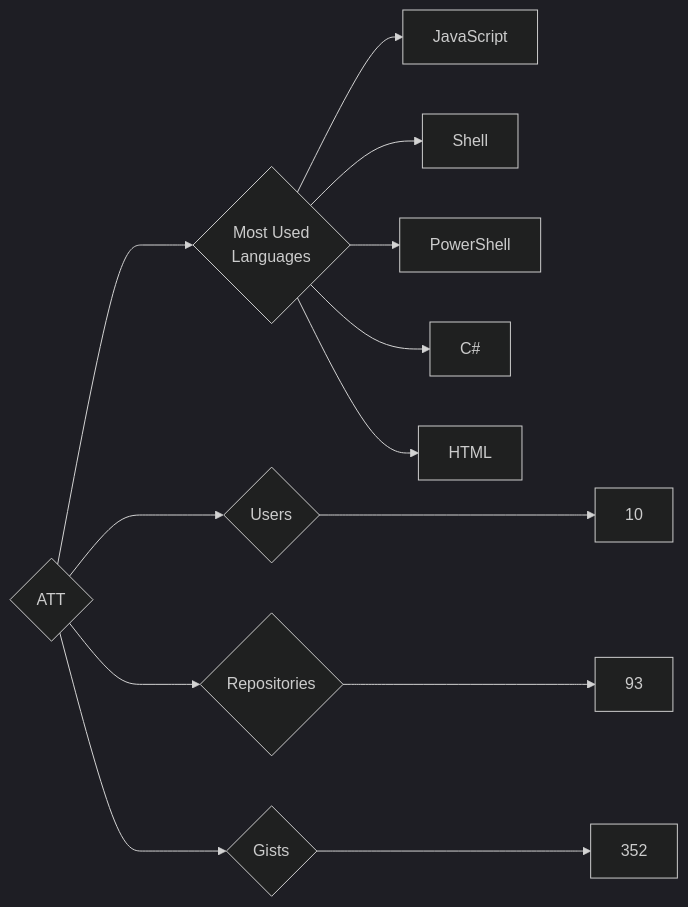
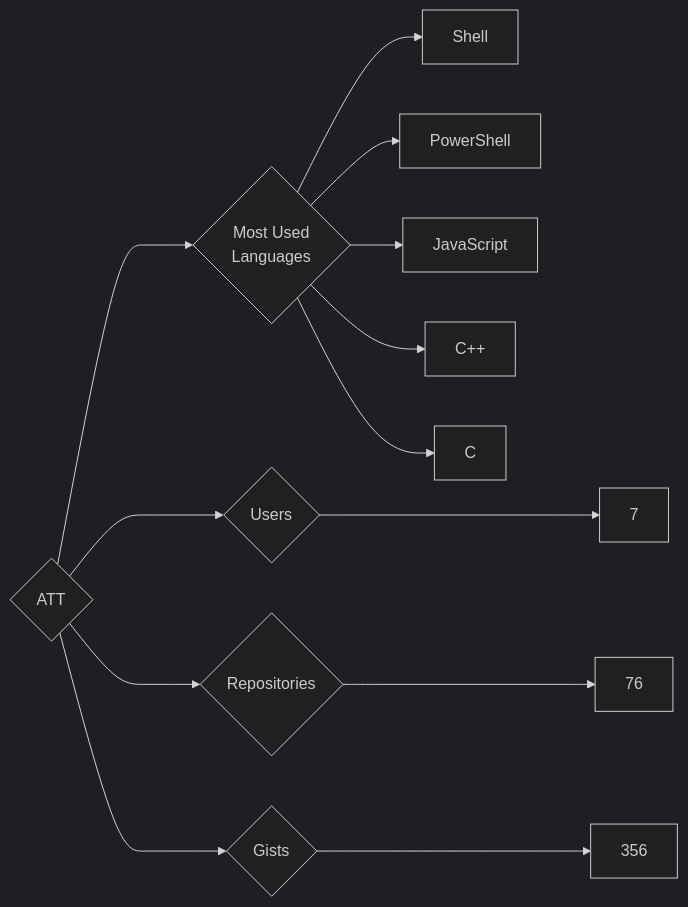
Before and after one commit to trickest/insiders: the diagram in targets/ATT/README.md, drawn with Mermaid (dark theme). The commit also changed 1030 other files, not shown here.

````diff
--- a/targets/ATT/README.md
+++ b/targets/ATT/README.md
@@ -3,13 +3,13 @@
 ```mermaid
 graph LR
 COMPANY_NAME{ATT}
-COMPANY_NAME ---> U{Users} ---> UN[10]
-COMPANY_NAME ---> R{Repositories} ---> RN[93]
-COMPANY_NAME ---> G{Gists} ---> GN[352]
+COMPANY_NAME ---> U{Users} ---> UN[7]
+COMPANY_NAME ---> R{Repositories} ---> RN[76]
+COMPANY_NAME ---> G{Gists} ---> GN[356]
 COMPANY_NAME ---> ML{Most Used<br>Languages}
-ML --> JavaScript[JavaScript]
 ML --> Shell[Shell]
 ML --> PowerShell[PowerShell]
-ML --> C#[C#]
-ML --> HTML[HTML]
+ML --> JavaScript[JavaScript]
+ML --> C++[C++]
+ML --> C[C]
 ```
````
